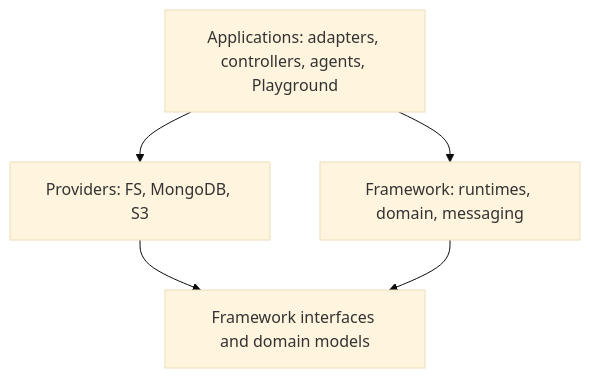
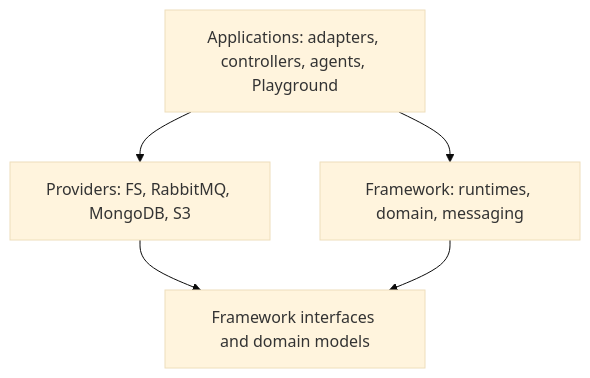
One commit to defos-ai/commander changed the second of 2 diagrams in docs/overview.md. Above: the diagram before and after it, drawn with Mermaid (base theme). The commit also changed other lines of this file and 8 other files, not shown here.

````diff
--- a/docs/overview.md
+++ b/docs/overview.md
@@ -42,7 +42,7 @@
 ```mermaid
 flowchart TD
     Apps[Applications: adapters, controllers, agents, Playground] --> Framework[Framework: runtimes, domain, messaging]
-    Apps --> Providers[Providers: FS, MongoDB, S3]
+    Apps --> Providers[Providers: FS, RabbitMQ, MongoDB, S3]
     Providers --> Contracts[Framework interfaces and domain models]
     Framework --> Contracts
 ```
````
